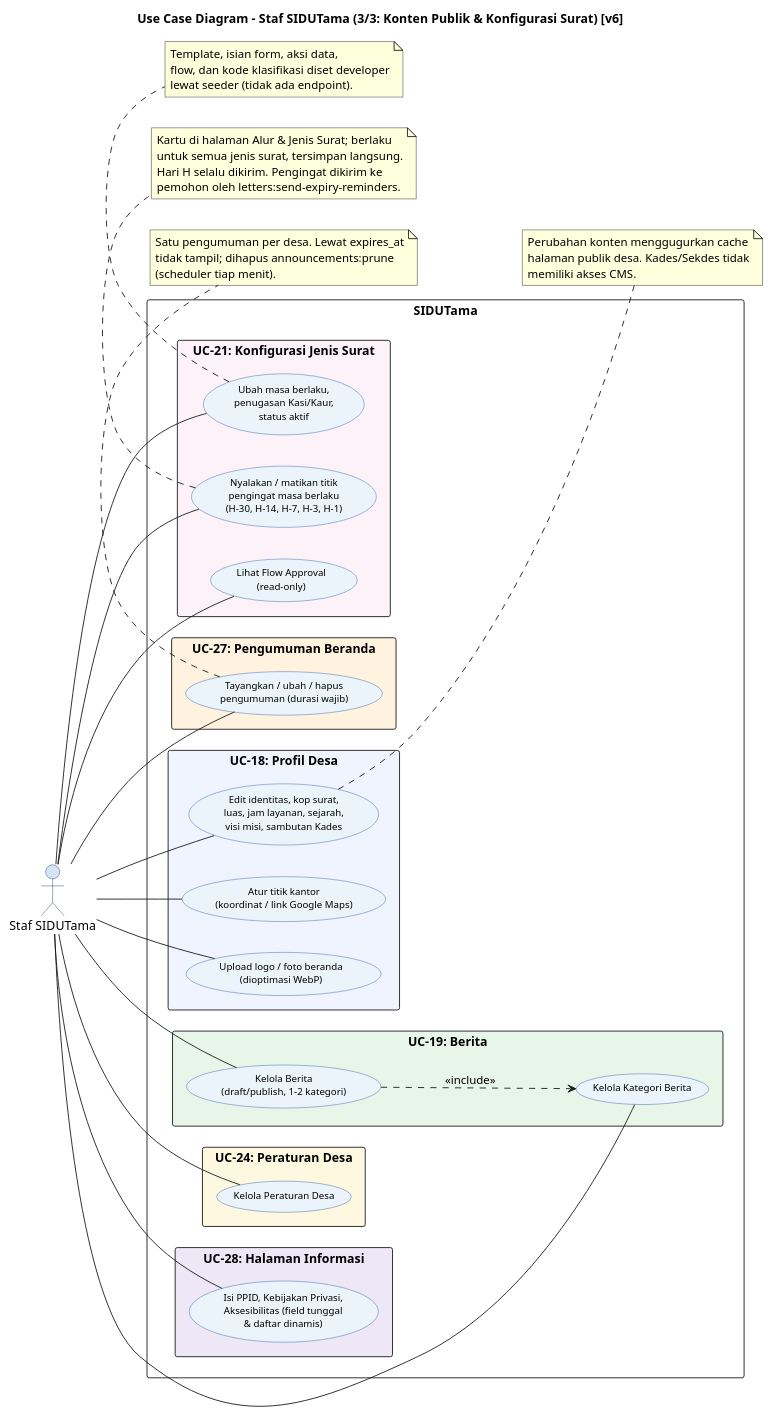
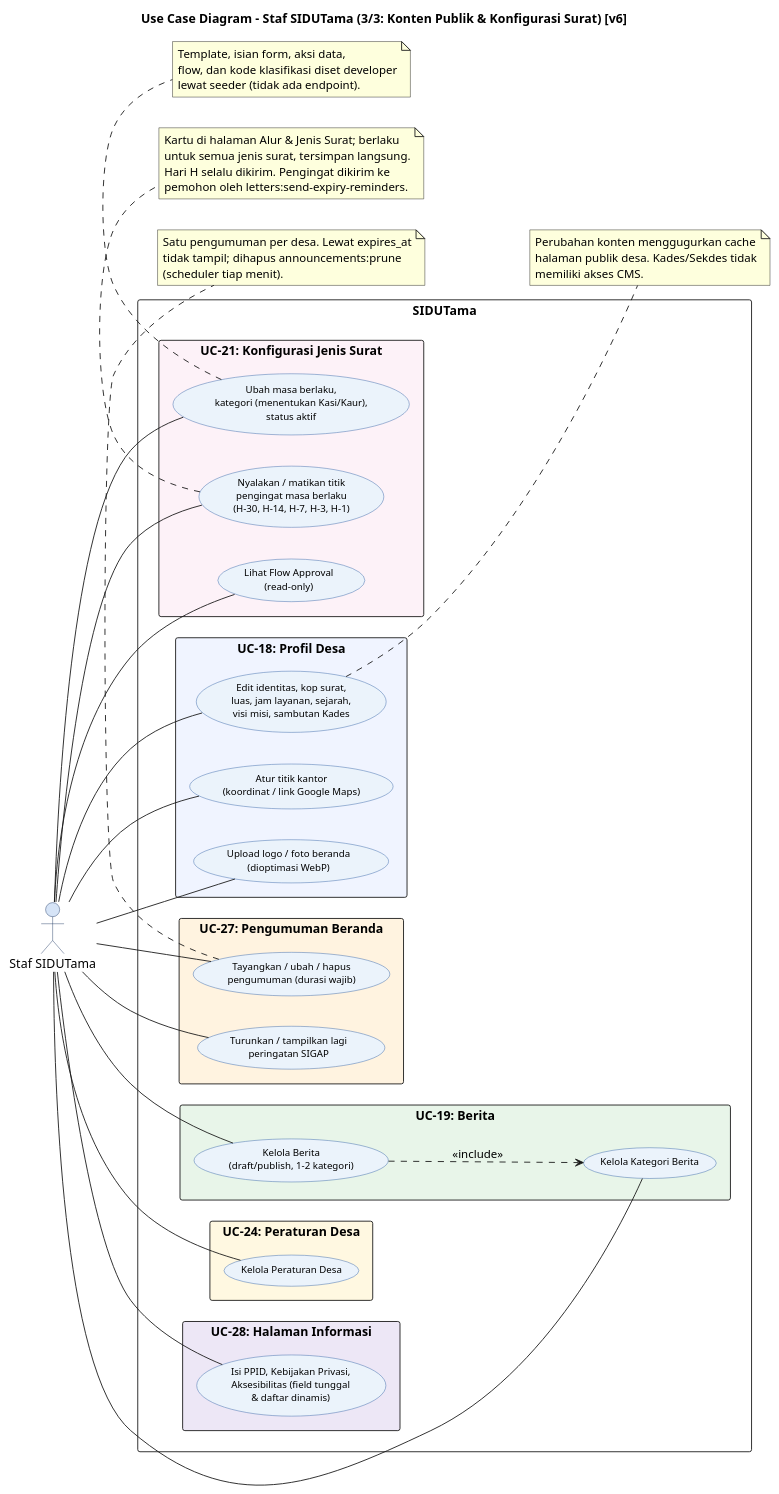
The diagram in docs/diagram/code/usecase/04_UC_PetugasDesa_KontenKonfigurasi_v6.puml (Vextronode/sid-app), drawn with PlantUML before and after one commit. The commit also changed 76 other files, not shown here.

```diff
--- a/docs/diagram/code/usecase/04_UC_PetugasDesa_KontenKonfigurasi_v6.puml
+++ b/docs/diagram/code/usecase/04_UC_PetugasDesa_KontenKonfigurasi_v6.puml
@@ -11,79 +11,81 @@
 @startuml UC_PetugasDesa_Konten_v6
 left to right direction
 skinparam packageStyle rectangle
 skinparam backgroundColor #FFFFFF
 skinparam usecase {
   BackgroundColor #EBF3FB
   BorderColor #2E5FA3
   FontName Arial
   FontSize 11
 }
 skinparam actor {
   BackgroundColor #D6E4F7
   BorderColor #1F3864
 }
 title Use Case Diagram - Staf SIDUTama (3/3: Konten Publik & Konfigurasi Surat) [v6]
 
 actor "Staf SIDUTama" as PD
 
 rectangle "SIDUTama" {
   rectangle "UC-18: Profil Desa" #F0F4FF {
     usecase "Edit identitas, kop surat,\nluas, jam layanan, sejarah,\nvisi misi, sambutan Kades" as UC_DESA
     usecase "Atur titik kantor\n(koordinat / link Google Maps)" as UC_LOC
     usecase "Upload logo / foto beranda\n(dioptimasi WebP)" as UC_IMG
   }
   rectangle "UC-19: Berita" #E8F5E9 {
     usecase "Kelola Berita\n(draft/publish, 1-2 kategori)" as UC_NEWS
     usecase "Kelola Kategori Berita" as UC_NEWSCAT
   }
   rectangle "UC-24: Peraturan Desa" #FFF8E1 {
     usecase "Kelola Peraturan Desa" as UC_REG
   }
   rectangle "UC-27: Pengumuman Beranda" #FFF3E0 {
     usecase "Tayangkan / ubah / hapus\npengumuman (durasi wajib)" as UC_ANN
+    usecase "Turunkan / tampilkan lagi\nperingatan SIGAP" as UC_SIGAP
   }
   rectangle "UC-28: Halaman Informasi" #EDE7F6 {
     usecase "Isi PPID, Kebijakan Privasi,\nAksesibilitas (field tunggal\n& daftar dinamis)" as UC_INFO
   }
   rectangle "UC-21: Konfigurasi Jenis Surat" #FDF2F8 {
-    usecase "Ubah masa berlaku,\npenugasan Kasi/Kaur,\nstatus aktif" as UC_LT
+    usecase "Ubah masa berlaku,\nkategori (menentukan Kasi/Kaur),\nstatus aktif" as UC_LT
     usecase "Lihat Flow Approval\n(read-only)" as UC_FLOW
     usecase "Nyalakan / matikan titik\npengingat masa berlaku\n(H-30, H-14, H-7, H-3, H-1)" as UC_EXP
   }
 }
 
 PD -- UC_DESA
 PD -- UC_LOC
 PD -- UC_IMG
 PD -- UC_NEWS
 PD -- UC_NEWSCAT
 PD -- UC_REG
 PD -- UC_ANN
+PD -- UC_SIGAP
 PD -- UC_INFO
 PD -- UC_LT
 PD -- UC_FLOW
 PD -- UC_EXP
 UC_NEWS ..> UC_NEWSCAT : <<include>>
 
 note bottom of UC_LT
   Template, isian form, aksi data,
   flow, dan kode klasifikasi diset developer
   lewat seeder (tidak ada endpoint).
 end note
 note bottom of UC_EXP
   Kartu di halaman Alur & Jenis Surat; berlaku
   untuk semua jenis surat, tersimpan langsung.
   Hari H selalu dikirim. Pengingat dikirim ke
   pemohon oleh letters:send-expiry-reminders.
 end note
 note bottom of UC_ANN
   Satu pengumuman per desa. Lewat expires_at
   tidak tampil; dihapus announcements:prune
   (scheduler tiap menit).
 end note
 note right of UC_DESA
   Perubahan konten menggugurkan cache
   halaman publik desa. Kades/Sekdes tidak
   memiliki akses CMS.
 end note
 @enduml
```
